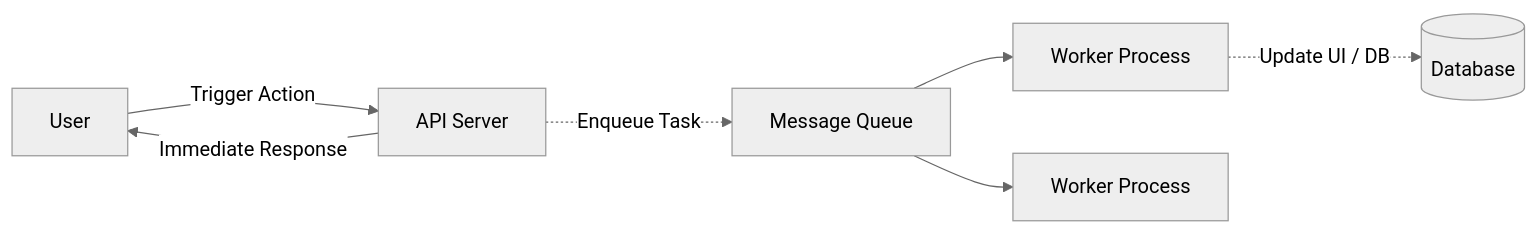
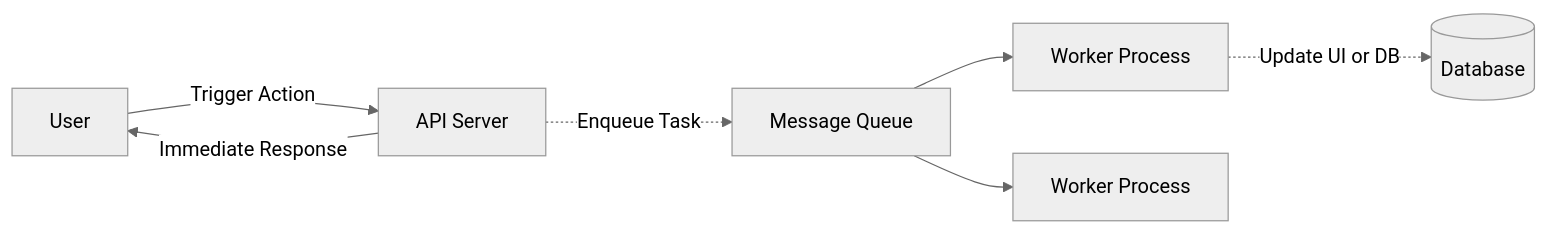
Before and after one commit to shakthi-sagar/studies: the diagram in src/content/System Design/05-Background Jobs.md, drawn with Mermaid (neutral theme). The commit also changed 3 other files, not shown here.

Commit message:
mermaid fixes

````diff
--- a/src/content/System Design/05-Background Jobs.md
+++ b/src/content/System Design/05-Background Jobs.md
@@ -13,9 +13,9 @@
 ```mermaid
-graph LR
+flowchart LR
     U[User] -->|Trigger Action| API[API Server]
     API -->|Immediate Response| U
     API -.->|Enqueue Task| Q[Message Queue]
     Q --> W1[Worker Process]
     Q --> W2[Worker Process]
-    W1 -.->|Update UI / DB| DB[(Database)]
+    W1 -.->|Update UI or DB| DB[(Database)]
 ```
````
